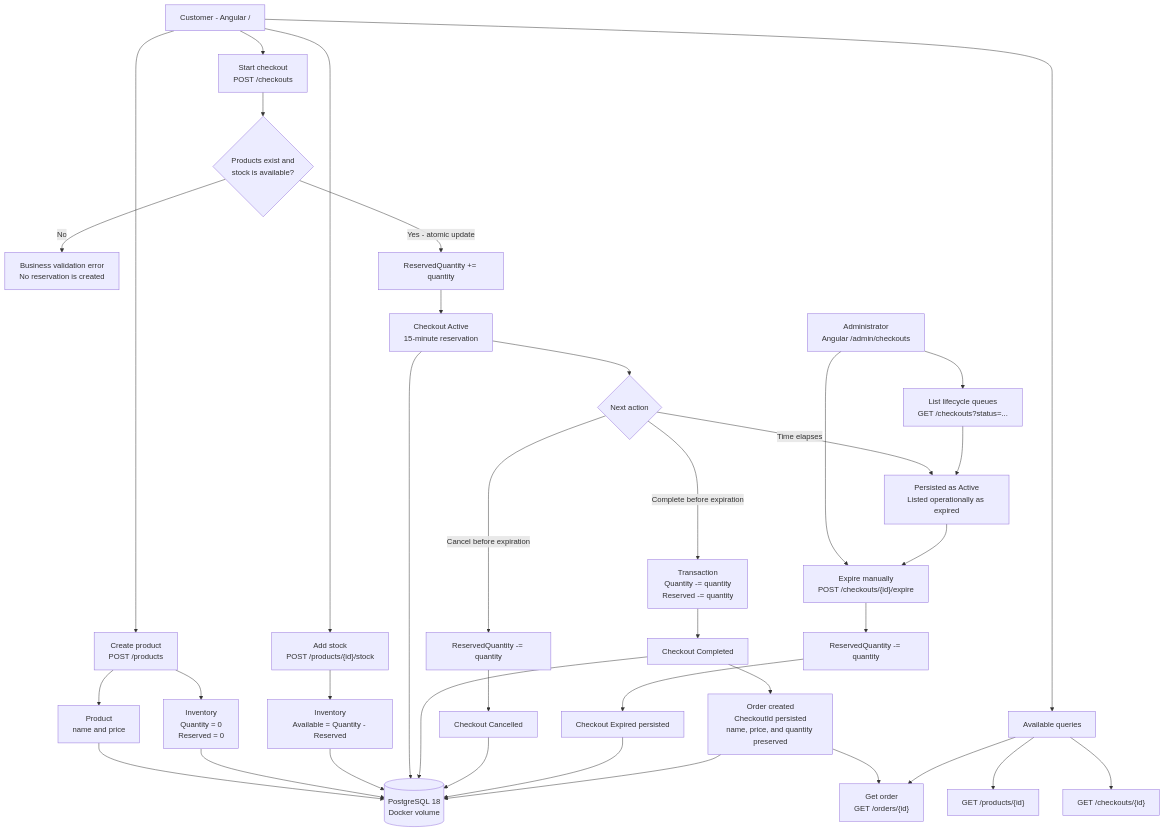
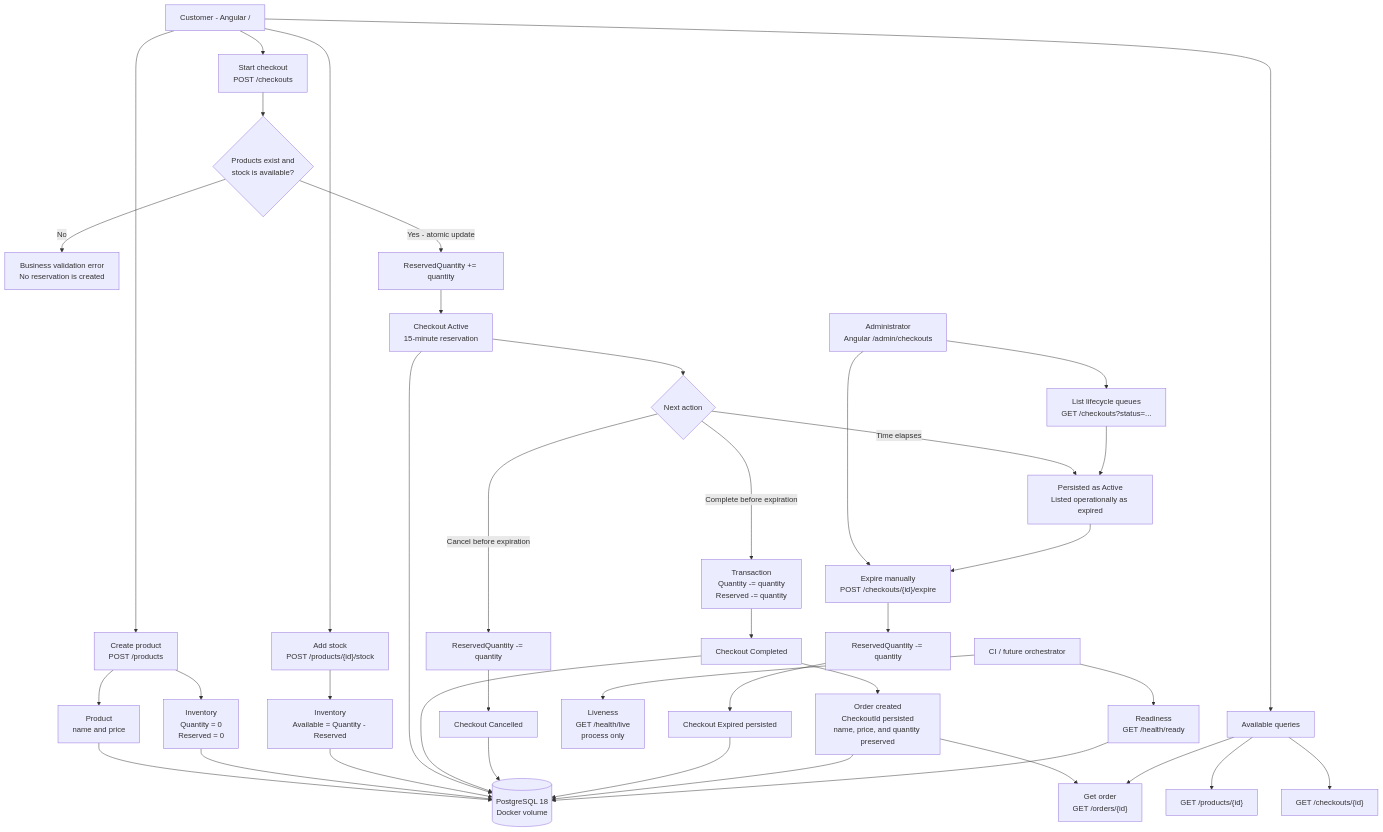
One commit to saulomlcosta/OrderFlow changed the diagram in docs/reports/SYSTEM_FLOW.md. Above: the diagram before and after it, drawn with Mermaid. The commit also changed other lines of this file and 8 other files, not shown here.

Commit message:
feat: add liveness and readiness health checks

````diff
--- a/docs/reports/SYSTEM_FLOW.md
+++ b/docs/reports/SYSTEM_FLOW.md
@@ -21,48 +21,52 @@
 ```mermaid
 flowchart TD
     User["Customer - Angular / "] --> CreateProduct["Create product<br/>POST /products"]
     CreateProduct --> Product["Product<br/>name and price"]
     CreateProduct --> EmptyInventory["Inventory<br/>Quantity = 0<br/>Reserved = 0"]
 
     User --> AddStock["Add stock<br/>POST /products/{id}/stock"]
     AddStock --> Inventory["Inventory<br/>Available = Quantity - Reserved"]
 
     User --> StartCheckout["Start checkout<br/>POST /checkouts"]
     StartCheckout --> Validate{"Products exist and<br/>stock is available?"}
 
     Validate -->|No| BusinessError["Business validation error<br/>No reservation is created"]
     Validate -->|Yes - atomic update| Reserve["ReservedQuantity += quantity"]
     Reserve --> Active["Checkout Active<br/>15-minute reservation"]
 
     Active --> Action{"Next action"}
 
     Action -->|Complete before expiration| ConfirmStock["Transaction<br/>Quantity -= quantity<br/>Reserved -= quantity"]
     ConfirmStock --> Completed["Checkout Completed"]
     Completed --> Order["Order created<br/>CheckoutId persisted<br/>name, price, and quantity preserved"]
     Order --> GetOrder["Get order<br/>GET /orders/{id}"]
 
     Action -->|Cancel before expiration| Cancel["ReservedQuantity -= quantity"]
     Cancel --> Cancelled["Checkout Cancelled"]
 
     Action -->|Time elapses| OperationalExpired["Persisted as Active<br/>Listed operationally as expired"]
     Admin["Administrator<br/>Angular /admin/checkouts"] --> List["List lifecycle queues<br/>GET /checkouts?status=..."]
     List --> OperationalExpired
     Admin --> Expire["Expire manually<br/>POST /checkouts/{id}/expire"]
     OperationalExpired --> Expire
     Expire --> Release["ReservedQuantity -= quantity"]
     Release --> Expired["Checkout Expired persisted"]
 
     Product --> Db[("PostgreSQL 18<br/>Docker volume")]
     EmptyInventory --> Db
     Inventory --> Db
     Active --> Db
     Completed --> Db
     Cancelled --> Db
     Expired --> Db
     Order --> Db
 
+    Monitor["CI / future orchestrator"] --> Live["Liveness<br/>GET /health/live<br/>process only"]
+    Monitor --> Ready["Readiness<br/>GET /health/ready"]
+    Ready --> Db
+
     User --> Reads["Available queries"]
     Reads --> GetProduct["GET /products/{id}"]
     Reads --> GetCheckout["GET /checkouts/{id}"]
     Reads --> GetOrder
 ```
````
